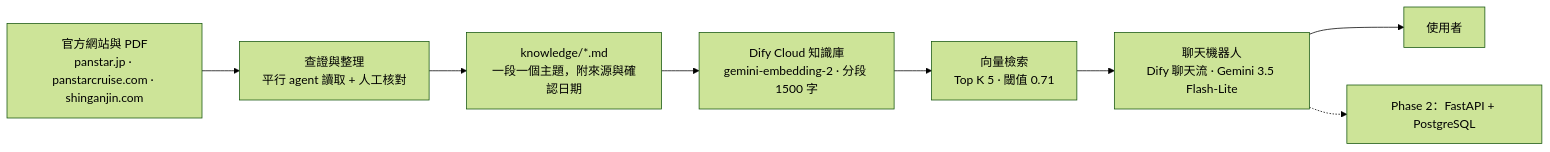
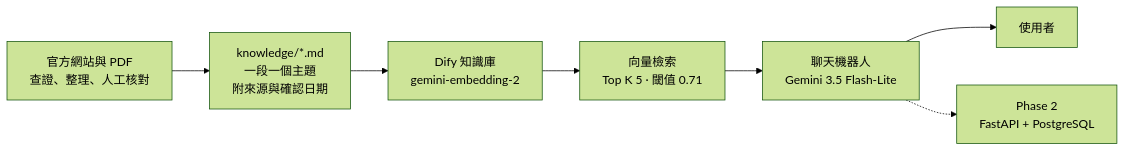
One commit to atsushigo/japan-ferry-kb changed the first of 2 diagrams in README.md. Above: the diagram before and after it, drawn with Mermaid (forest theme). The commit also changed 1 other file, not shown here.

Commit message:
Shorten the architecture diagram labels so it renders larger on GitHub
What changed
- README.md and README.ja.md: architecture diagram goes from 7 boxes to 6
  (source + curation merged into one box) with shorter labels, so the text is
  no longer tiny when the page is rendered

Checked
- Secret scan before the repository became public: no Dify keys, no dataset
  ID, no Google key in tracked files or history; .env is not tracked; commit
  author is the noreply address

---

アーキテクチャ図のラベルを短縮し、GitHubで大きく表示されるように

変更点
- README.md と README.ja.md：アーキテクチャ図のボックスを7個から6個に
  （情報源と調査整理を1つに統合）し、ラベルを短くして文字が小さくならないようにした

確認
- リポジトリ公開前の秘密情報スキャン：追跡ファイルにも履歴にも、Difyのキー、
  データセットID、Googleキーはなし。.envは追跡対象外。コミットの作者はnoreplyアドレス

````diff
--- a/README.md
+++ b/README.md
@@ -30,10 +30,9 @@
 ```mermaid
 flowchart LR
-  A["官方網站與 PDF<br/>panstar.jp · panstarcruise.com · shinganjin.com"] --> B["查證與整理<br/>平行 agent 讀取 + 人工核對"]
-  B --> C["knowledge/*.md<br/>一段一個主題，附來源與確認日期"]
-  C --> D["Dify Cloud 知識庫<br/>gemini-embedding-2 · 分段 1500 字"]
+  A["官方網站與 PDF<br/>查證、整理、人工核對"] --> C["knowledge/*.md<br/>一段一個主題<br/>附來源與確認日期"]
+  C --> D["Dify 知識庫<br/>gemini-embedding-2"]
   D --> E["向量檢索<br/>Top K 5 · 閾值 0.71"]
-  E --> F["聊天機器人<br/>Dify 聊天流 · Gemini 3.5 Flash-Lite"]
+  E --> F["聊天機器人<br/>Gemini 3.5 Flash-Lite"]
   F --> G["使用者"]
-  F -.-> H["Phase 2：FastAPI + PostgreSQL"]
+  F -.-> H["Phase 2<br/>FastAPI + PostgreSQL"]
 ```
````
